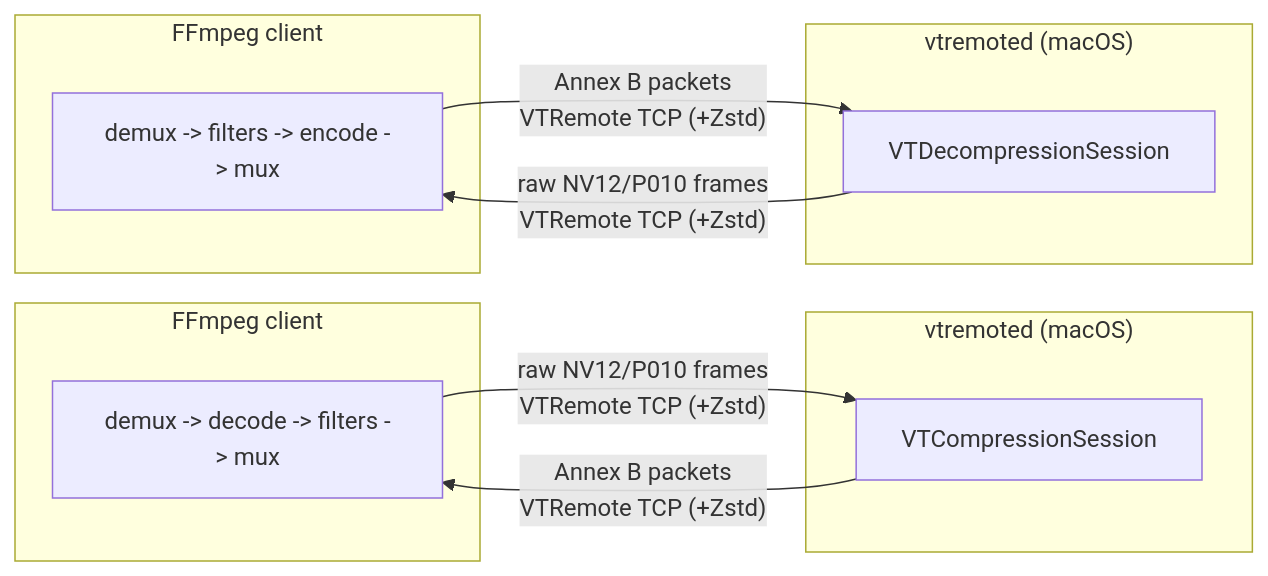
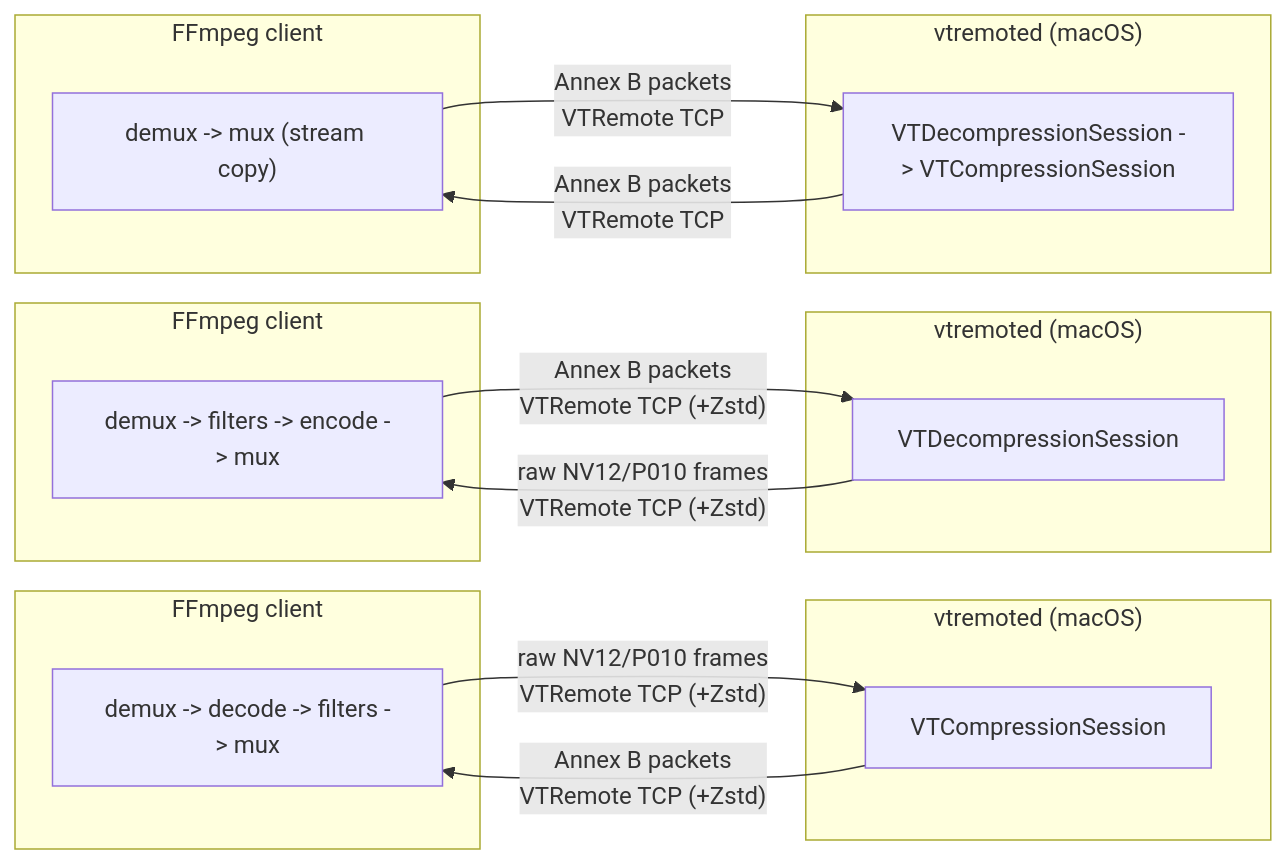
One commit to davelindo/videotoolbox_remote changed the diagram in README.md. Above: the diagram before and after it, drawn with Mermaid. The commit also changed other lines of this file and 6 other files, not shown here.

Commit message:
Update docs for vtremote transcode

````diff
--- a/README.md
+++ b/README.md
@@ -50,22 +65,32 @@
 ```mermaid
 flowchart LR
   %% Encode path (remote encode only)
   subgraph C1["FFmpeg client"]
     C1a["demux -> decode -> filters -> mux"]
   end
   subgraph S1["vtremoted (macOS)"]
     S1a["VTCompressionSession"]
   end
   C1a -- "raw NV12/P010 frames<br/>VTRemote TCP (+Zstd)" --> S1a
   S1a -- "Annex B packets<br/>VTRemote TCP (+Zstd)" --> C1a
 
   %% Decode path (remote decode only)
   subgraph C2["FFmpeg client"]
     C2a["demux -> filters -> encode -> mux"]
   end
   subgraph S2["vtremoted (macOS)"]
     S2a["VTDecompressionSession"]
   end
   C2a -- "Annex B packets<br/>VTRemote TCP (+Zstd)" --> S2a
   S2a -- "raw NV12/P010 frames<br/>VTRemote TCP (+Zstd)" --> C2a
+
+  %% Transcode path (packet in/out)
+  subgraph C3["FFmpeg client"]
+    C3a["demux -> mux (stream copy)"]
+  end
+  subgraph S3["vtremoted (macOS)"]
+    S3a["VTDecompressionSession -> VTCompressionSession"]
+  end
+  C3a -- "Annex B packets<br/>VTRemote TCP" --> S3a
+  S3a -- "Annex B packets<br/>VTRemote TCP" --> C3a
 ```
````
